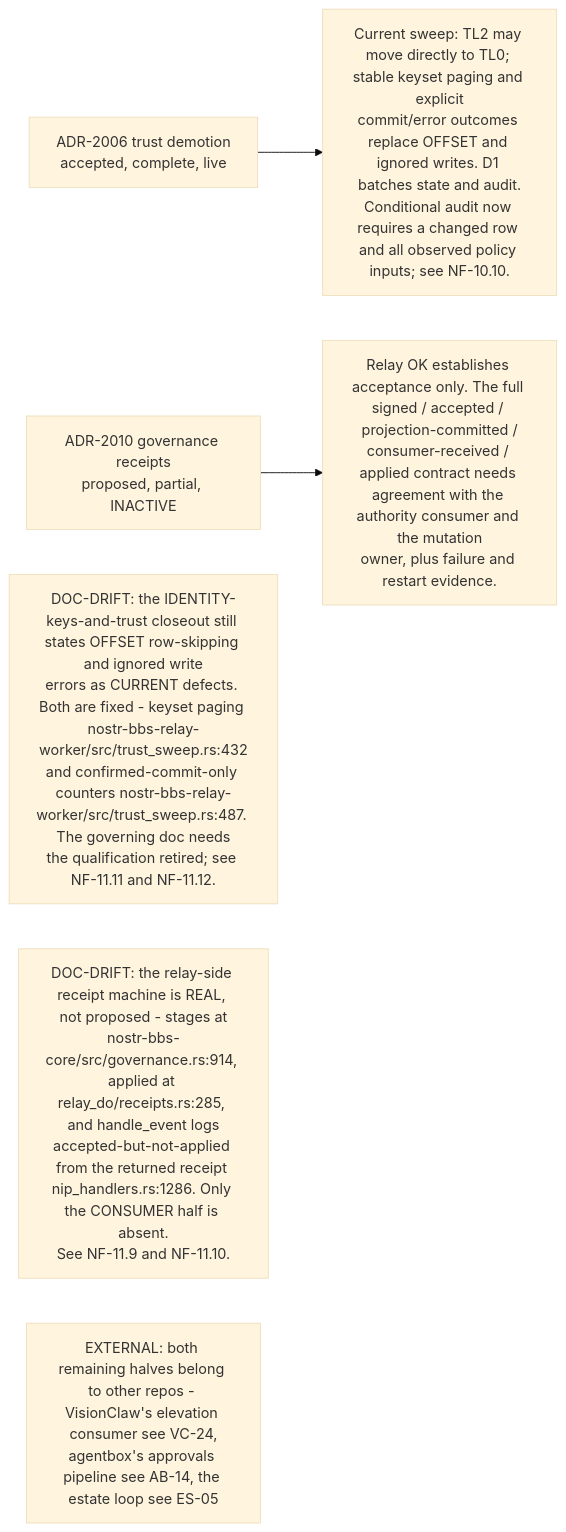
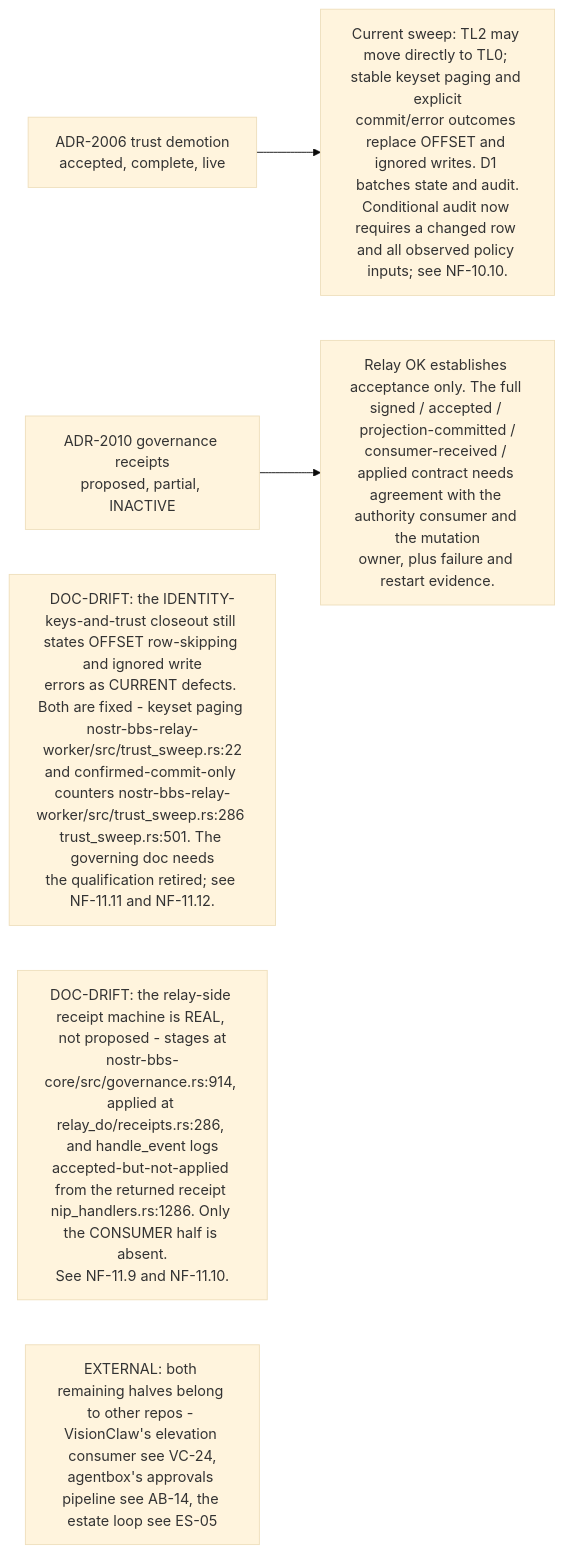
Before and after one commit to DreamLab-AI/VisionFlow: the seventh of 10 diagrams in docs/diagrams/nostr-rust-forum/10-invariants-and-anomaly-register.md, drawn with Mermaid (base theme). The commit also changed other lines of this file and 94 other files, not shown here.

First line of the commit message:
docs(diagrams): re-verify 130 topics against 2 October HEADs

````diff
--- a/docs/diagrams/nostr-rust-forum/10-invariants-and-anomaly-register.md
+++ b/docs/diagrams/nostr-rust-forum/10-invariants-and-anomaly-register.md
@@ -144,14 +144,14 @@
 ```mermaid
 flowchart LR
     A2006["ADR-2006 trust demotion<br/>accepted, complete, live"]
     Q2006["Current sweep: TL2 may move directly to TL0; stable keyset paging and explicit<br/>commit/error outcomes replace OFFSET and ignored writes. D1 batches state and audit.<br/>Conditional audit now requires a changed row and all observed policy inputs; see NF-10.10."]
     A2010["ADR-2010 governance receipts<br/>proposed, partial, INACTIVE"]
     Q2010["Relay OK establishes acceptance only. The full signed / accepted / projection-committed /<br/>consumer-received / applied contract needs agreement with the authority consumer and the mutation<br/>owner, plus failure and restart evidence."]
 
     A2006 --> Q2006
     A2010 --> Q2010
 
-    N1["DOC-DRIFT: the IDENTITY-keys-and-trust closeout still states OFFSET row-skipping and ignored write<br/>errors as CURRENT defects. Both are fixed - keyset paging nostr-bbs-relay-worker/src/trust_sweep.rs:432<br/>and confirmed-commit-only counters nostr-bbs-relay-worker/src/trust_sweep.rs:487. The governing doc needs<br/>the qualification retired; see NF-11.11 and NF-11.12."]
-    N2["DOC-DRIFT: the relay-side receipt machine is REAL, not proposed - stages at<br/>nostr-bbs-core/src/governance.rs:914, applied at relay_do/receipts.rs:285, and handle_event logs<br/>accepted-but-not-applied from the returned receipt nip_handlers.rs:1286. Only the CONSUMER half is absent.<br/>See NF-11.9 and NF-11.10."]
+    N1["DOC-DRIFT: the IDENTITY-keys-and-trust closeout still states OFFSET row-skipping and ignored write<br/>errors as CURRENT defects. Both are fixed - keyset paging nostr-bbs-relay-worker/src/trust_sweep.rs:22<br/>and confirmed-commit-only counters nostr-bbs-relay-worker/src/trust_sweep.rs:286 trust_sweep.rs:501. The governing doc needs<br/>the qualification retired; see NF-11.11 and NF-11.12."]
+    N2["DOC-DRIFT: the relay-side receipt machine is REAL, not proposed - stages at<br/>nostr-bbs-core/src/governance.rs:914, applied at relay_do/receipts.rs:286, and handle_event logs<br/>accepted-but-not-applied from the returned receipt nip_handlers.rs:1286. Only the CONSUMER half is absent.<br/>See NF-11.9 and NF-11.10."]
     N3["EXTERNAL: both remaining halves belong to other repos - VisionClaw's elevation consumer see VC-24,<br/>agentbox's approvals pipeline see AB-14, the estate loop see ES-05"]
 ```
````
